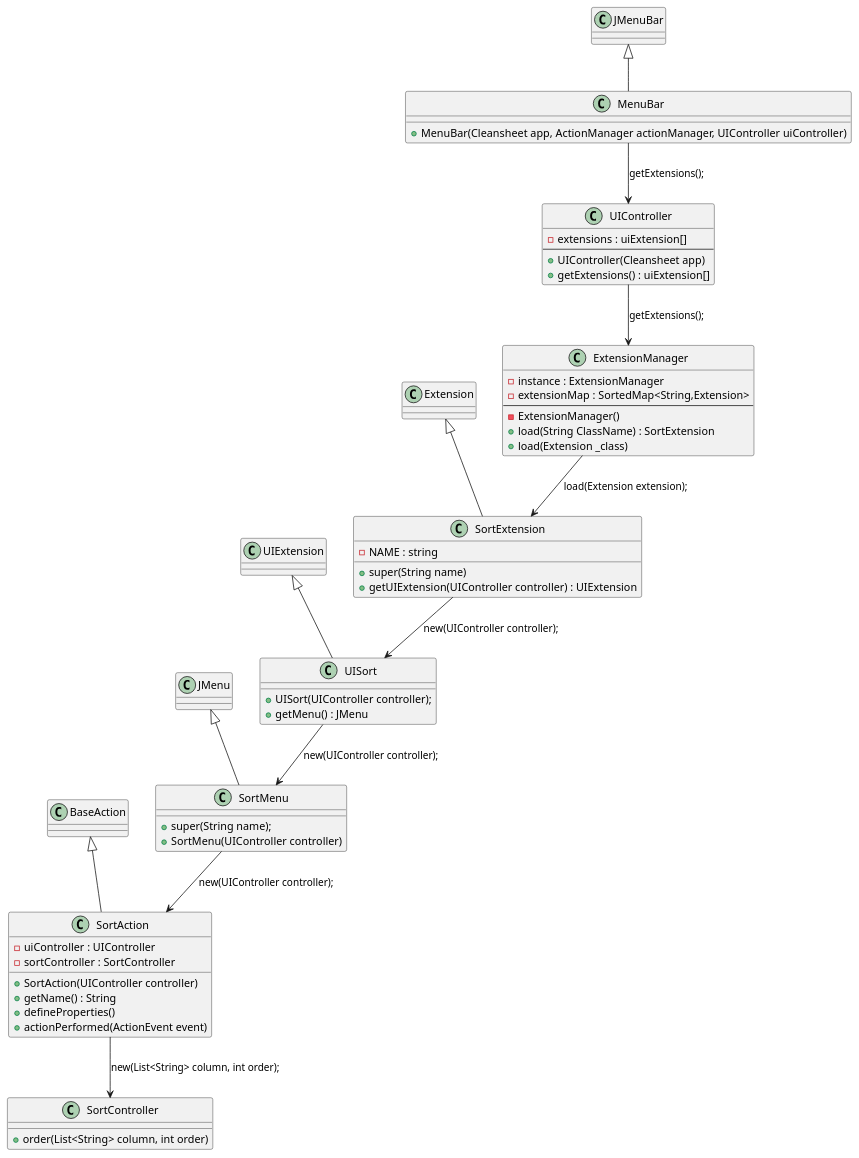
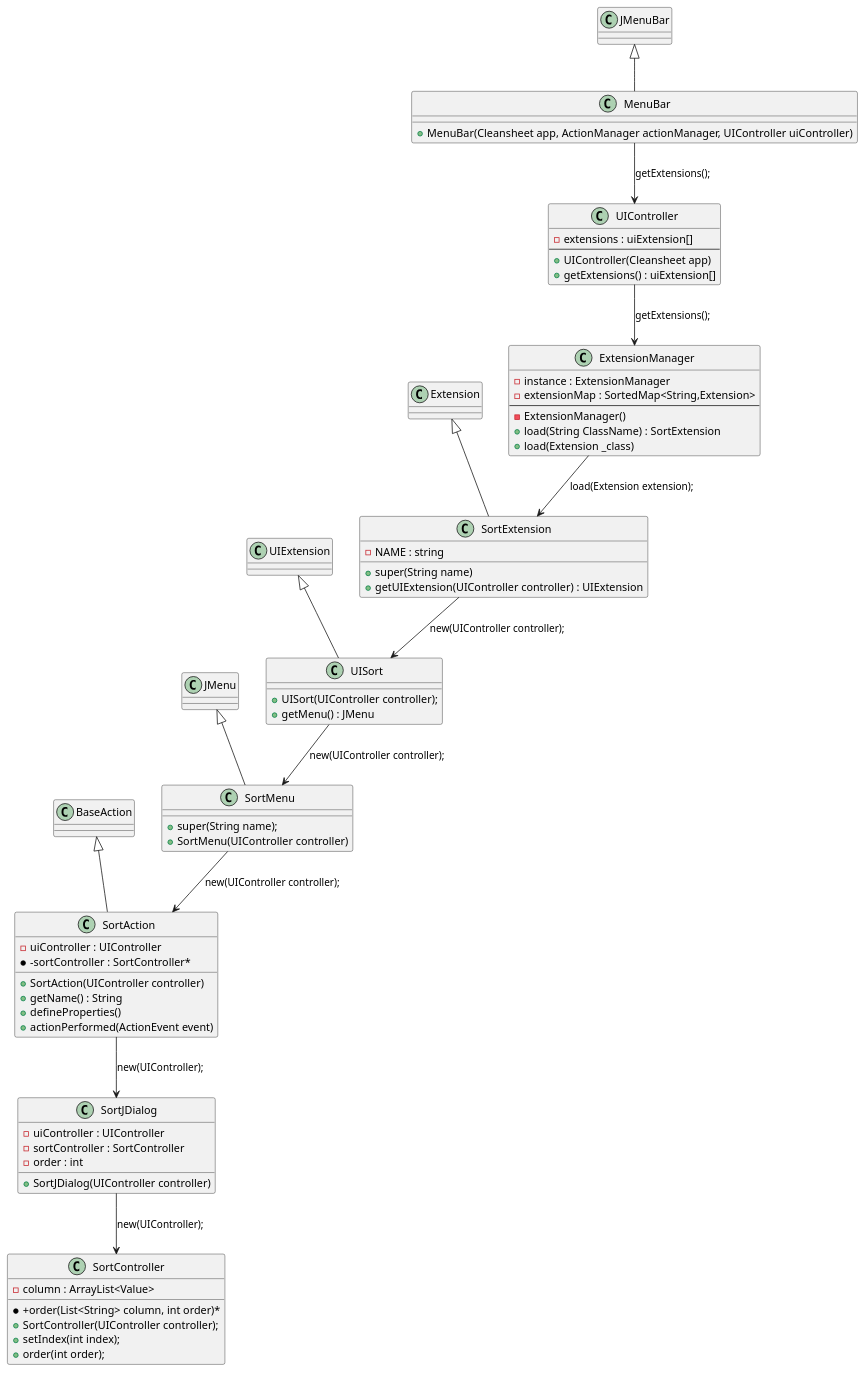
Before and after one commit to RubenTeixeira/cleansheets_isep_2dg_2016: the diagram in src/main/java/csheets/worklog/n1130383/sprint2/sort_class_diagram.puml, drawn with PlantUML. The commit also changed 10 other files, not shown here.

```diff
--- a/src/main/java/csheets/worklog/n1130383/sprint2/sort_class_diagram.puml
+++ b/src/main/java/csheets/worklog/n1130383/sprint2/sort_class_diagram.puml
@@ -1,84 +1,97 @@
  @startuml doc-files/sort_class_diagram.png
 class MenuBar {
 	+MenuBar(Cleansheet app, ActionManager actionManager, UIController uiController)
 }
 
 class JMenuBar {
 }
 
 class UIController {
 	-extensions : uiExtension[]
 	--
 	+UIController(Cleansheet app)
 	+getExtensions() : uiExtension[]
 }
 
 class ExtensionManager {
 	-instance : ExtensionManager
 	-extensionMap : SortedMap<String,Extension>
 	--
 	-ExtensionManager()
 	+load(String ClassName) : SortExtension
 	+load(Extension _class)
 }
 
 class Extension{
 }
 
 class SortExtension{
 	-NAME : string
 	+super(String name)
 	+getUIExtension(UIController controller) : UIExtension
 }
 
 class UIExtension{
 }
 
 class UISort{
 	+UISort(UIController controller);
 	+getMenu() : JMenu
 }
 
 class JMenu{
 }
 
 class SortMenu{
 	+super(String name);
 	+SortMenu(UIController controller)
 }
 
 class BaseAction{
 }
 
 class SortAction{
 	-uiController : UIController
-	-sortController : SortController
+	*-sortController : SortController*
 	+SortAction(UIController controller)
 	+getName() : String
 	+defineProperties()
 	+actionPerformed(ActionEvent event)
 }
 
+class SortJDialog{
+	-uiController : UIController
+	-sortController : SortController
+	-order : int
+	+SortJDialog(UIController controller)
+}
+
+
 class SortController{
-	+order(List<String> column, int order)
+	-column : ArrayList<Value>
+	*+order(List<String> column, int order)*
+	+SortController(UIController controller);
+	+setIndex(int index);
+	+order(int order);
 }
 
 
 
 
 JMenuBar <|-- MenuBar
 Extension <|-- SortExtension
 UIExtension <|-- UISort
 JMenu <|-- SortMenu
 BaseAction <|-- SortAction
 
 MenuBar --> UIController : getExtensions();
 UIController --> ExtensionManager : getExtensions();
 ExtensionManager --> SortExtension : load(Extension extension);
 SortExtension --> UISort : new(UIController controller);
 UISort --> SortMenu : new(UIController controller);
 SortMenu --> SortAction : new(UIController controller);
-SortAction --> SortController : new(List<String> column, int order);
+SortAction --> SortJDialog : new(UIController);
+SortJDialog --> SortController : new(UIController);
 
 
   @enduml
```
